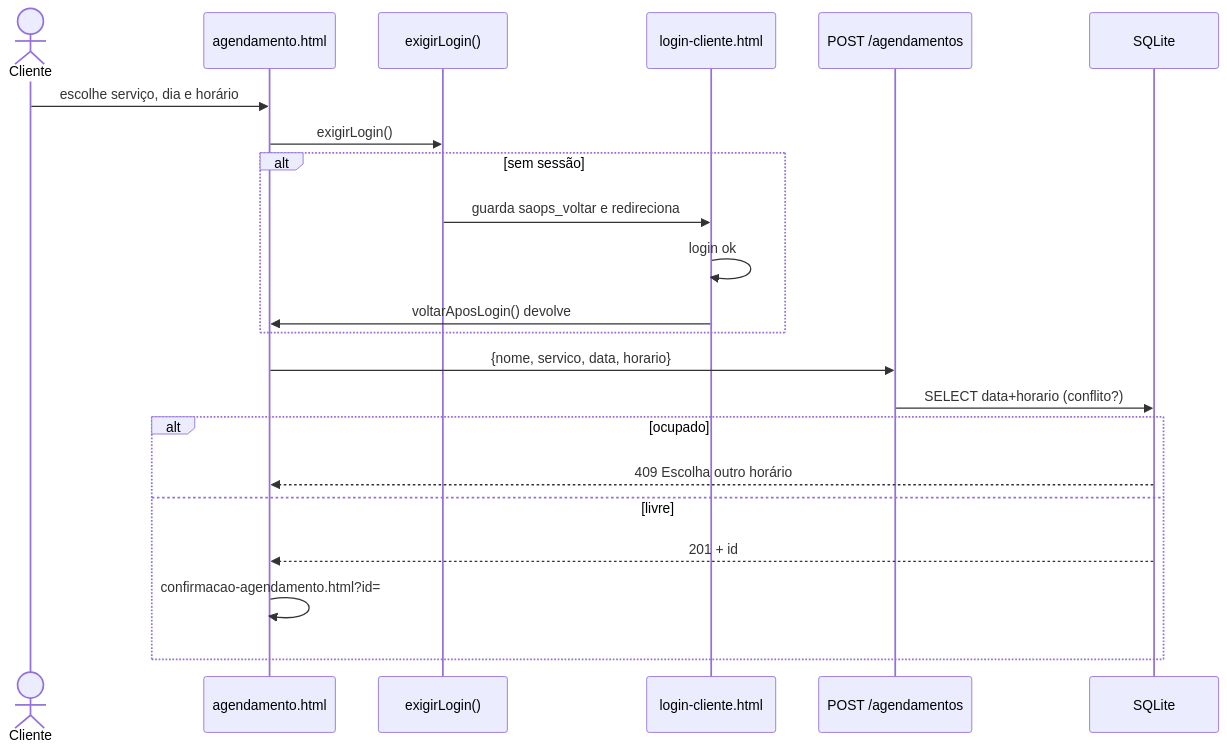
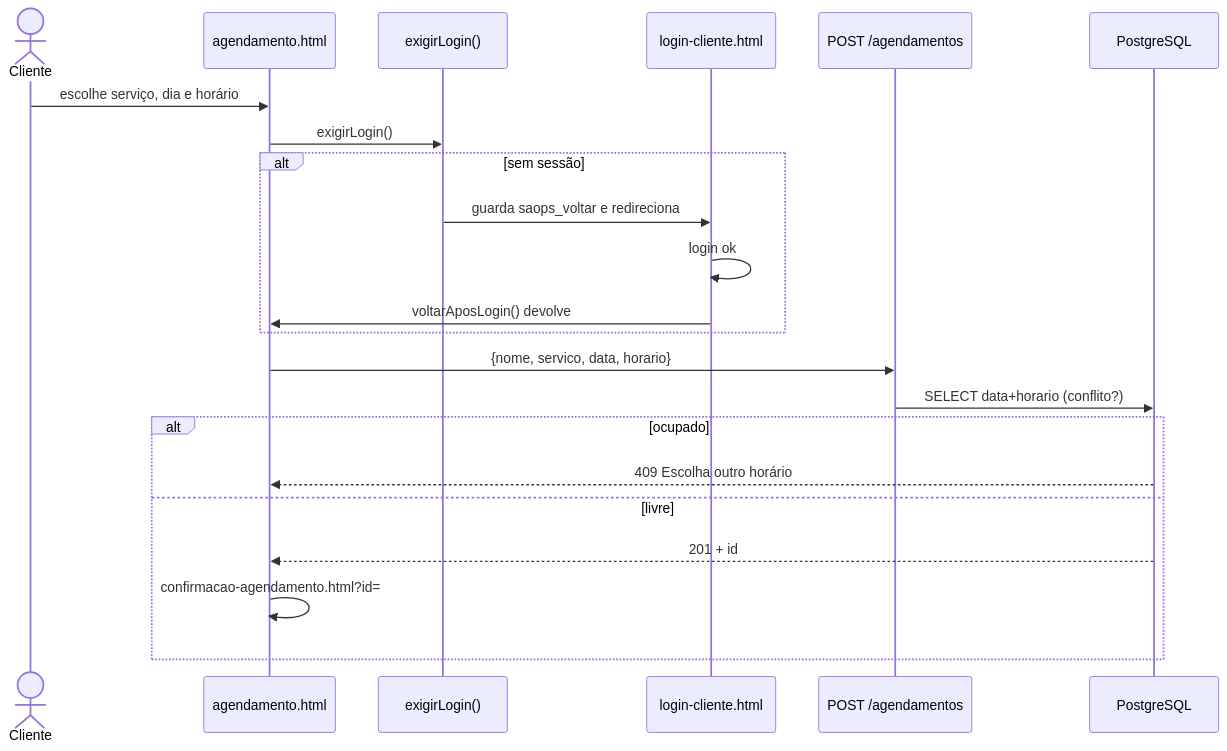
Before and after one commit to mateusACM/SAOPS: the third of 9 diagrams in DIAGRAMAS.md, drawn with Mermaid. The commit also changed other lines of this file and 12 other files, not shown here.

First line of the commit message:
Migra SQLite -> PostgreSQL (Supabase)

````diff
--- a/DIAGRAMAS.md
+++ b/DIAGRAMAS.md
@@ -96,24 +96,24 @@
 ```mermaid
 sequenceDiagram
     actor C as Cliente
     participant A as agendamento.html
     participant UI as exigirLogin()
     participant L as login-cliente.html
     participant API as POST /agendamentos
-    participant DB as SQLite
+    participant DB as PostgreSQL
     C->>A: escolhe serviço, dia e horário
     A->>UI: exigirLogin()
     alt sem sessão
         UI->>L: guarda saops_voltar e redireciona
         L->>L: login ok
         L->>A: voltarAposLogin() devolve
     end
     A->>API: {nome, servico, data, horario}
     API->>DB: SELECT data+horario (conflito?)
     alt ocupado
         DB-->>A: 409 Escolha outro horário
     else livre
         DB-->>A: 201 + id
         A->>A: confirmacao-agendamento.html?id=
     end
 ```
````
